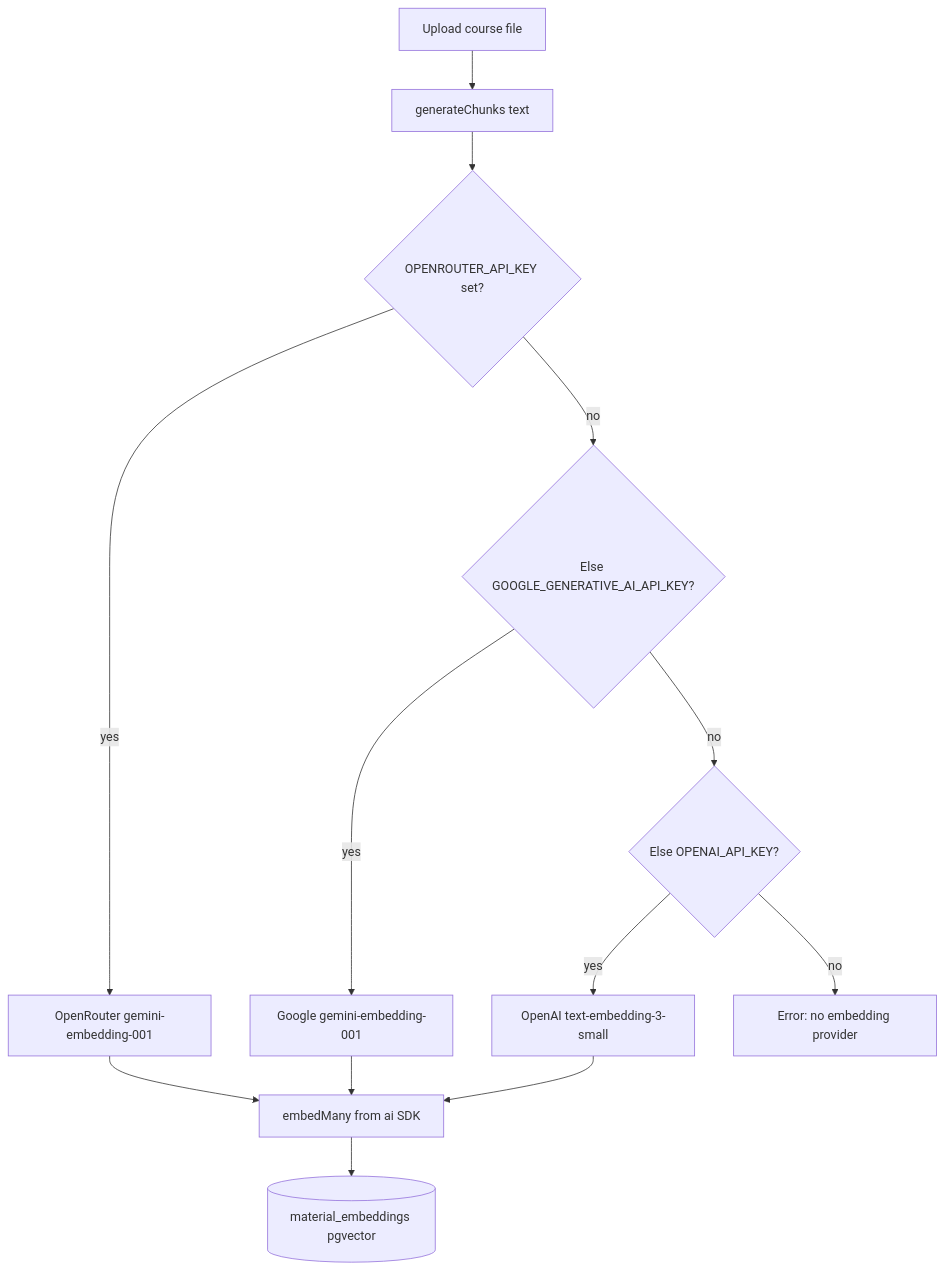
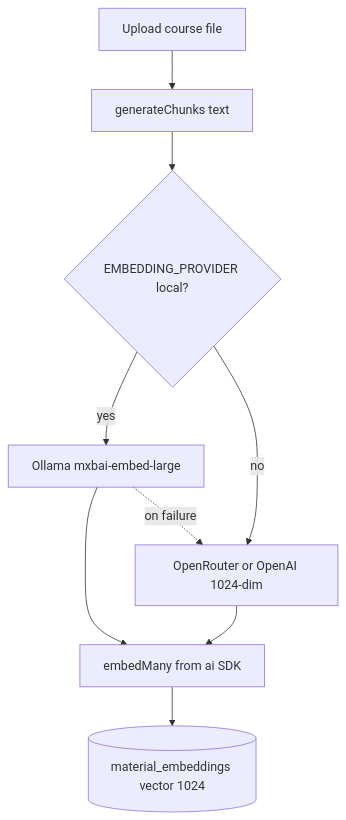
Before and after one commit to EduAI-Lab/EduAI: the third of 7 diagrams in docs/ARCHITECTURE.md, drawn with Mermaid. The commit also changed other lines of this file and 14 other files, not shown here.

First line of the commit message:
feat(core): Implement local Ollama embedding provider and update embedding dimension to 1024

````diff
--- a/docs/ARCHITECTURE.md
+++ b/docs/ARCHITECTURE.md
@@ -118,21 +118,15 @@
 ```mermaid
 flowchart TD
   Upload[Upload course file]
   Chunk[generateChunks text]
-  Env{OPENROUTER_API_KEY set?}
-  Google{Else GOOGLE_GENERATIVE_AI_API_KEY?}
-  OpenAI{Else OPENAI_API_KEY?}
-  OR[OpenRouter gemini-embedding-001]
-  Gem[Google gemini-embedding-001]
-  Te3[OpenAI text-embedding-3-small]
+  Mode{EMBEDDING_PROVIDER local?}
+  Ollama[Ollama mxbai-embed-large]
+  Cloud[OpenRouter or OpenAI 1024-dim]
   Many[embedMany from ai SDK]
-  PG[(material_embeddings pgvector)]
-  Upload --> Chunk --> Env
-  Env -->|yes| OR --> Many
-  Env -->|no| Google
-  Google -->|yes| Gem --> Many
-  Google -->|no| OpenAI
-  OpenAI -->|yes| Te3 --> Many
-  OpenAI -->|no| Err[Error: no embedding provider]
+  PG[(material_embeddings vector 1024)]
+  Upload --> Chunk --> Mode
+  Mode -->|yes| Ollama --> Many
+  Mode -->|no| Cloud --> Many
+  Ollama -.->|on failure| Cloud
   Many --> PG
 ```
````
